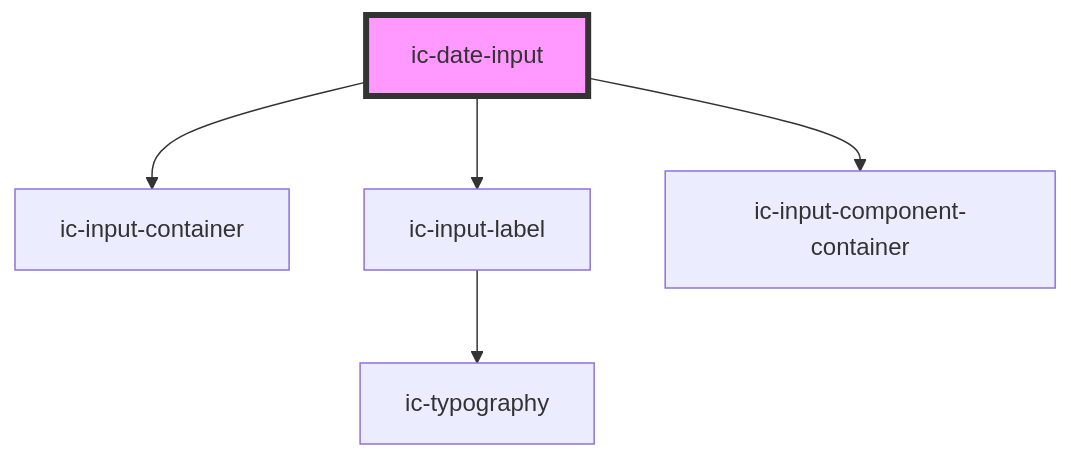
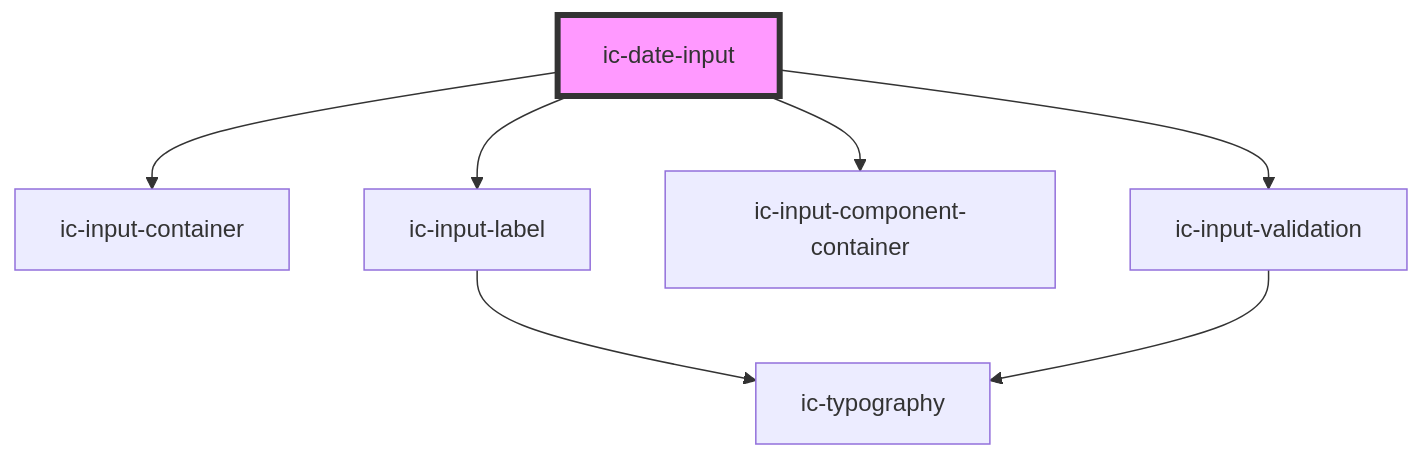
One commit to GCHQ-Developer-575/ic-ui-kit changed the diagram in packages/web-components/src/components/ic-date-input/readme.md. Above: the diagram before and after it, drawn with Mermaid. The commit also changed other lines of this file and 3 other files, not shown here.

````diff
--- a/packages/web-components/src/components/ic-date-input/readme.md
+++ b/packages/web-components/src/components/ic-date-input/readme.md
@@ -27,8 +30,10 @@
 ```mermaid
 graph TD;
   ic-date-input --> ic-input-container
   ic-date-input --> ic-input-label
   ic-date-input --> ic-input-component-container
+  ic-date-input --> ic-input-validation
   ic-input-label --> ic-typography
+  ic-input-validation --> ic-typography
   style ic-date-input fill:#f9f,stroke:#333,stroke-width:4px
 ```
````
